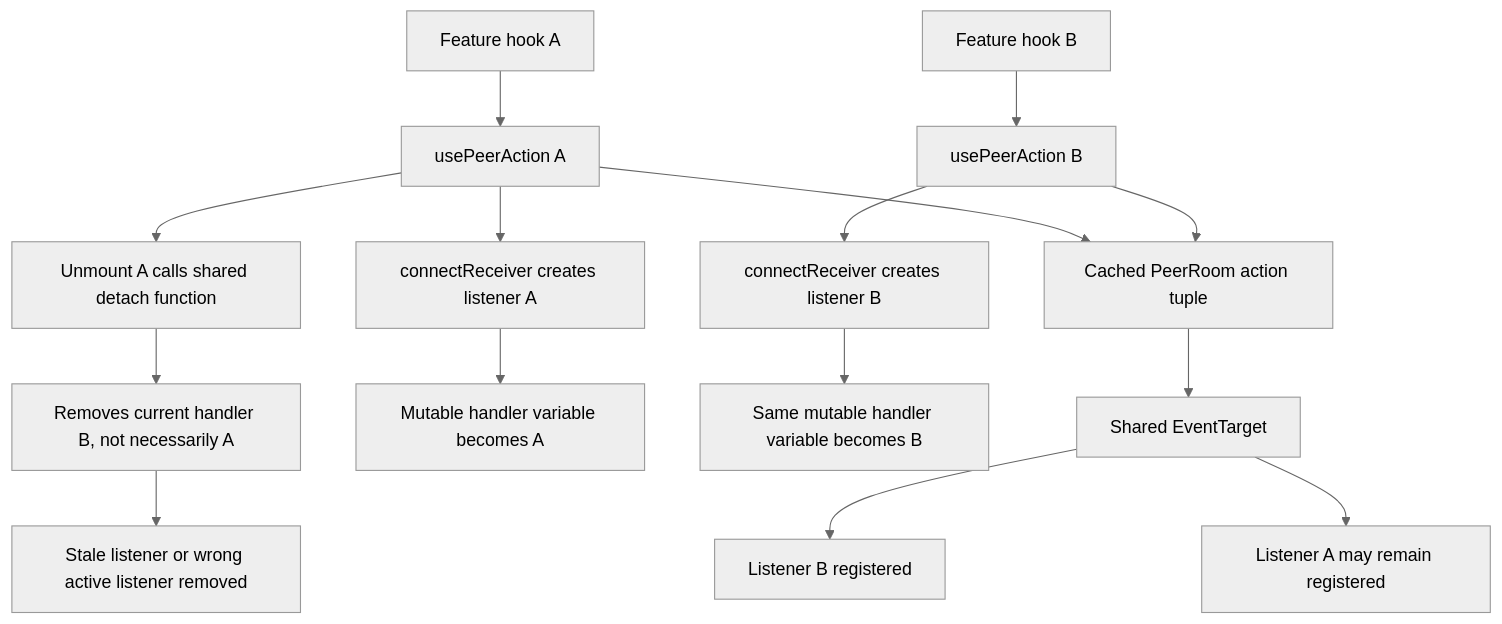
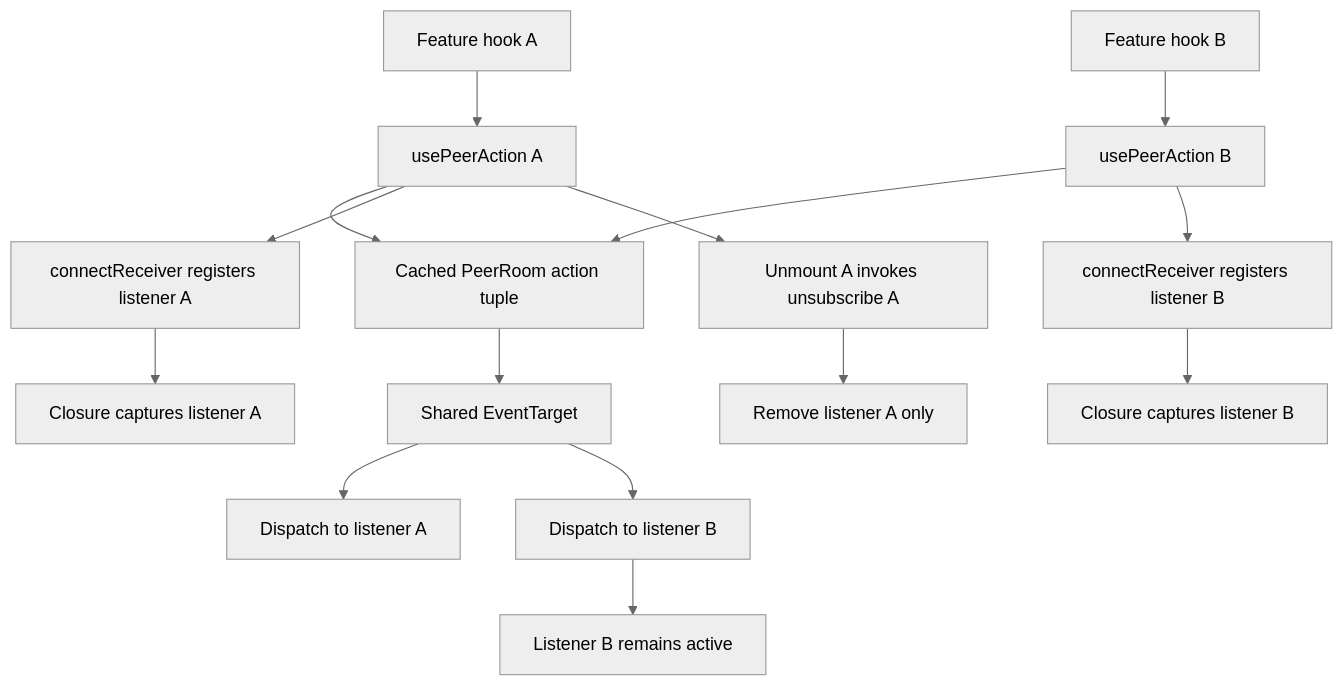
Before and after one commit to drunkod/chitchatter: the fourth of 9 diagrams in docs/architecture/codebase-runtime.md, drawn with Mermaid (neutral theme). The commit also changed other lines of this file and 13 other files, not shown here.

````diff
--- a/docs/architecture/codebase-runtime.md
+++ b/docs/architecture/codebase-runtime.md
@@ -107,17 +107,17 @@
 ```mermaid
 flowchart TD
     FeatureA[Feature hook A] --> UseA[usePeerAction A]
     FeatureB[Feature hook B] --> UseB[usePeerAction B]
     UseA --> Cached[Cached PeerRoom action tuple]
     UseB --> Cached
     Cached --> Event[Shared EventTarget]
-    UseA --> ConnectA[connectReceiver creates listener A]
-    ConnectA --> HandlerA[Mutable handler variable becomes A]
-    UseB --> ConnectB[connectReceiver creates listener B]
-    ConnectB --> HandlerB[Same mutable handler variable becomes B]
-    Event --> ListenerA[Listener A may remain registered]
-    Event --> ListenerB[Listener B registered]
-    UseA --> CleanupA[Unmount A calls shared detach function]
-    CleanupA --> RemoveLatest[Removes current handler B, not necessarily A]
-    RemoveLatest --> Risk[Stale listener or wrong active listener removed]
+    UseA --> ConnectA[connectReceiver registers listener A]
+    UseB --> ConnectB[connectReceiver registers listener B]
+    ConnectA --> UnsubscribeA[Closure captures listener A]
+    ConnectB --> UnsubscribeB[Closure captures listener B]
+    Event --> ListenerA[Dispatch to listener A]
+    Event --> ListenerB[Dispatch to listener B]
+    UseA --> CleanupA[Unmount A invokes unsubscribe A]
+    CleanupA --> RemoveA[Remove listener A only]
+    ListenerB --> Active[Listener B remains active]
 ```
````
